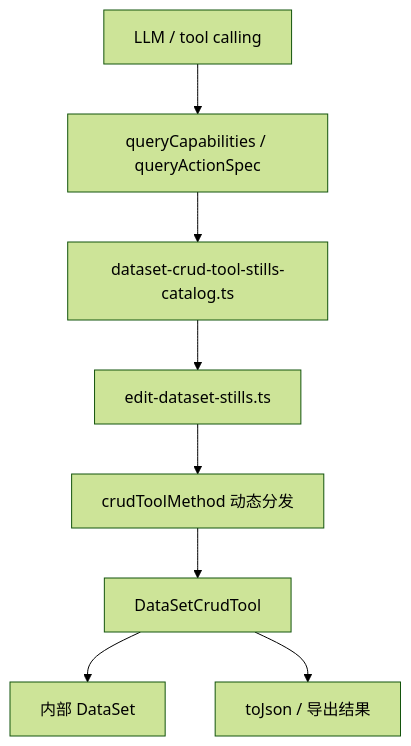
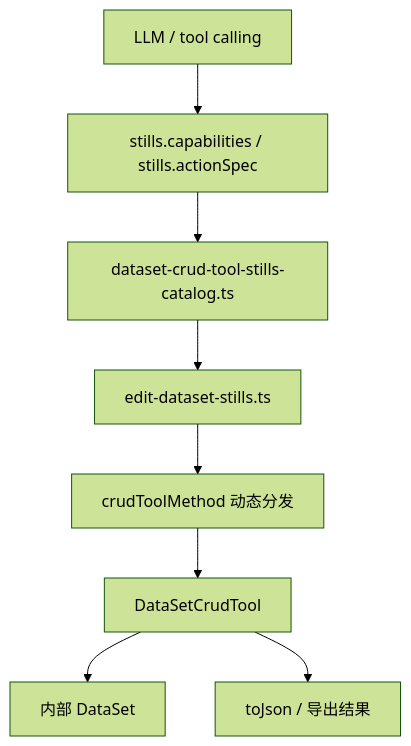
The second of 3 diagrams in docs/ai/architecture/DEVSYSTEM_DATASET_TOOL_SSOT.md (LMSpark/spark-view-vue), drawn with Mermaid (forest theme) before and after one commit. The commit also changed other lines of this file and 5 other files, not shown here.

````diff
--- a/docs/ai/architecture/DEVSYSTEM_DATASET_TOOL_SSOT.md
+++ b/docs/ai/architecture/DEVSYSTEM_DATASET_TOOL_SSOT.md
@@ -152,10 +152,10 @@
 ```mermaid
 flowchart TD
-    A[LLM / tool calling] --> B[queryCapabilities / queryActionSpec]
+  A[LLM / tool calling] --> B[stills.capabilities / stills.actionSpec]
     B --> C[dataset-crud-tool-stills-catalog.ts]
     C --> D[edit-dataset-stills.ts]
     D --> E[crudToolMethod 动态分发]
     E --> F[DataSetCrudTool]
     F --> G[内部 DataSet]
     F --> H[toJson / 导出结果]
 ```
````
